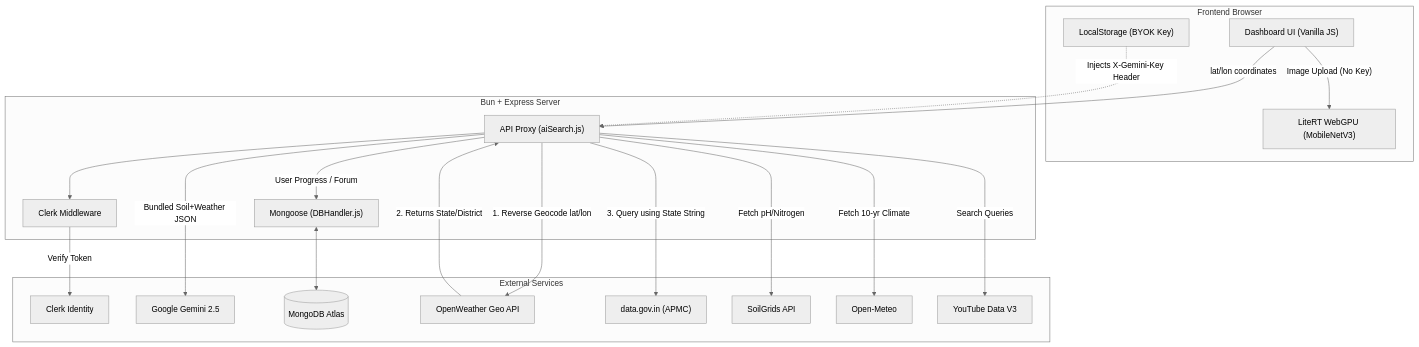
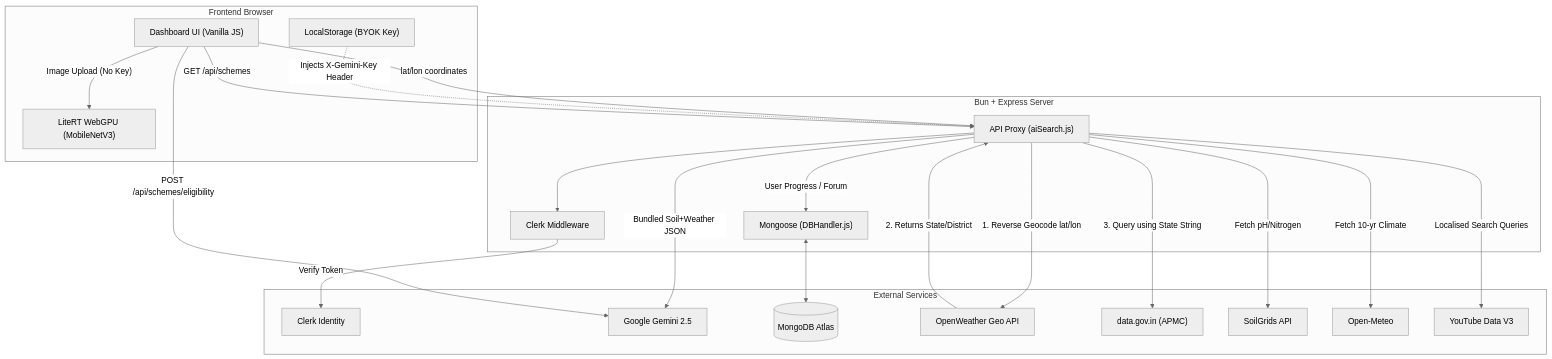
One commit to Dealer-09/PragatiPath changed the diagram in README.md. Above: the diagram before and after it, drawn with Mermaid (neutral theme). The commit also changed other lines of this file and 8 other files, not shown here.

````diff
--- a/README.md
+++ b/README.md
@@ -34,51 +41,55 @@
 ```mermaid
 flowchart TB
     subgraph Client ["Frontend Browser"]
         UI["Dashboard UI (Vanilla JS)"]
         Storage["LocalStorage (BYOK Key)"]
         OfflineAI["LiteRT WebGPU (MobileNetV3)"]
     end
 
     subgraph Backend ["Bun + Express Server"]
         API["API Proxy (aiSearch.js)"]
         AuthGuard["Clerk Middleware"]
         DBHandler["Mongoose (DBHandler.js)"]
     end
 
     subgraph External ["External Services"]
         ClerkAuth["Clerk Identity"]
         Gemini["Google Gemini 2.5"]
         MongoDB[("MongoDB Atlas")]
         WeatherAPI["OpenWeather Geo API"]
         GovData["data.gov.in (APMC)"]
         SoilGrids["SoilGrids API"]
         OpenMeteo["Open-Meteo"]
         YouTubeAPI["YouTube Data V3"]
     end
 
     %% Frontend to Backend
     UI -->|"lat/lon coordinates"| API
     Storage -.->|"Injects X-Gemini-Key Header"| API
     
     %% Offline Fallback
     UI -->|"Image Upload (No Key)"| OfflineAI
 
     %% Auth & DB Flow
     API --> AuthGuard
     AuthGuard -->|"Verify Token"| ClerkAuth
     API -->|"User Progress / Forum"| DBHandler
     DBHandler <--> MongoDB
 
     %% The Reverse Geocoding Bridge (Genius Workaround)
     API -->|"1. Reverse Geocode lat/lon"| WeatherAPI
     WeatherAPI -->|"2. Returns State/District"| API
     API -->|"3. Query using State String"| GovData
 
     %% Agronomy Intelligence Pipeline
     API -->|"Fetch pH/Nitrogen"| SoilGrids
     API -->|"Fetch 10-yr Climate"| OpenMeteo
     API -->|"Bundled Soil+Weather JSON"| Gemini
-    
-    %% Video
-    API -->|"Search Queries"| YouTubeAPI
+
+    %% Schemes (static, no external API)
+    UI -->|"GET /api/schemes"| API
+    UI -->|"POST /api/schemes/eligibility"| Gemini
+
+    %% Video (language-aware)
+    API -->|"Localised Search Queries"| YouTubeAPI
 ```
````
